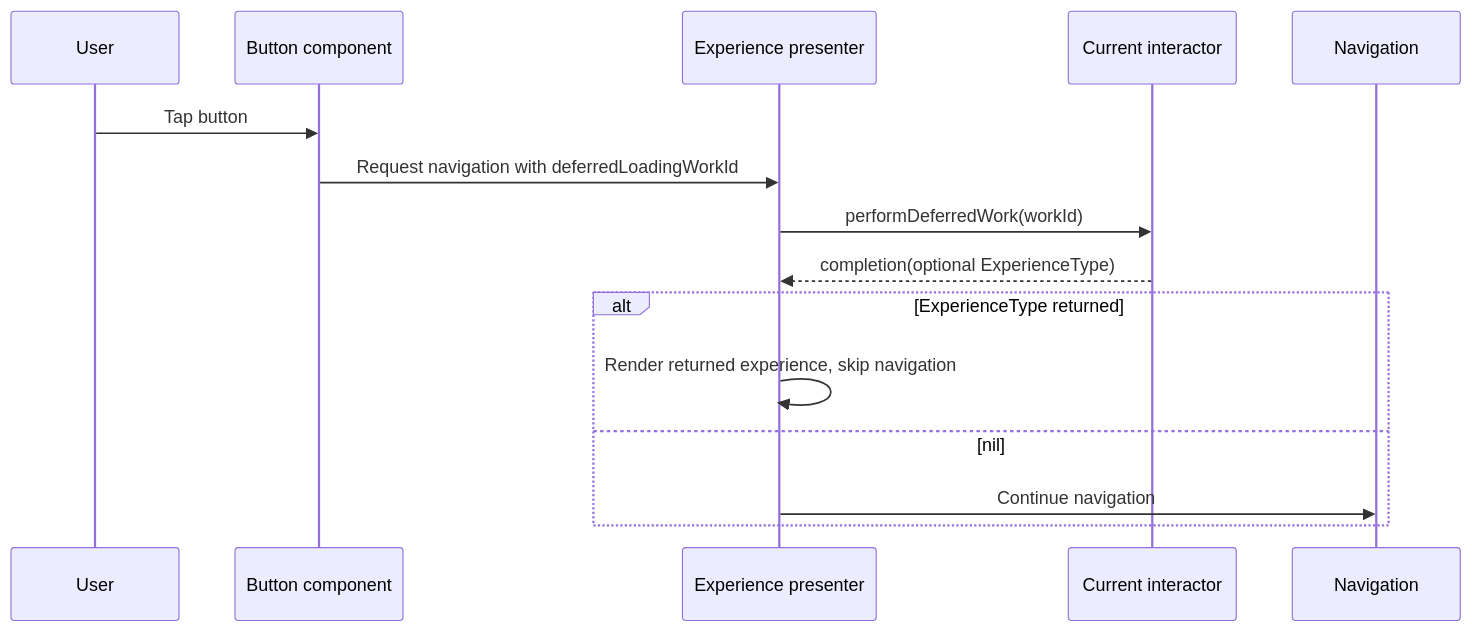
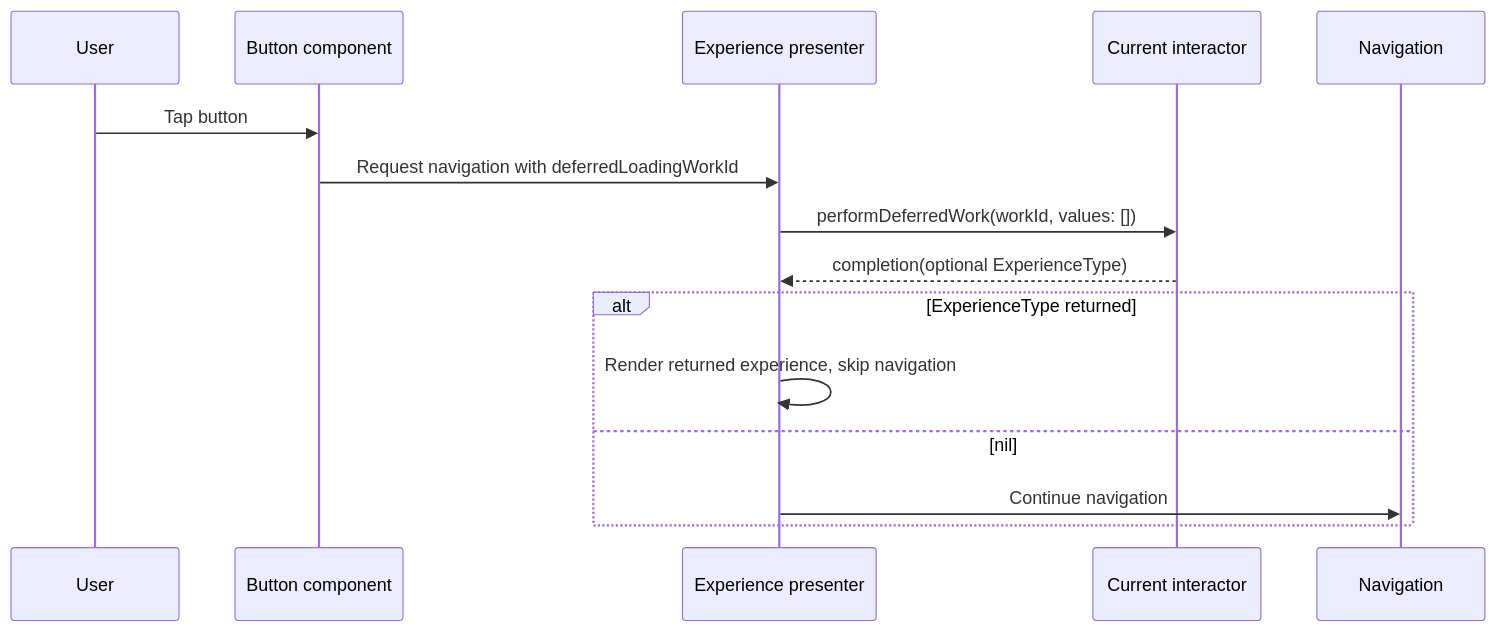
One commit to SashenSinghDev/ExperienceKit changed the first of 2 diagrams in docs/architecture/APPEXPERIENCE_DEFERREDWORK.md. Above: the diagram before and after it, drawn with Mermaid. The commit also changed other lines of this file and 50 other files, not shown here.

First line of the commit message:
Report selection changes to interactors through deferred work

````diff
--- a/docs/architecture/APPEXPERIENCE_DEFERREDWORK.md
+++ b/docs/architecture/APPEXPERIENCE_DEFERREDWORK.md
@@ -104,18 +185,18 @@
 ```mermaid
 sequenceDiagram
     participant User
     participant Component as Button component
     participant Presenter as Experience presenter
     participant Interactor as Current interactor
     participant Router as Navigation
 
     User->>Component: Tap button
     Component->>Presenter: Request navigation with deferredLoadingWorkId
-    Presenter->>Interactor: performDeferredWork(workId)
+    Presenter->>Interactor: performDeferredWork(workId, values: [])
     Interactor-->>Presenter: completion(optional ExperienceType)
     alt ExperienceType returned
         Presenter->>Presenter: Render returned experience, skip navigation
     else nil
         Presenter->>Router: Continue navigation
     end
 ```
````
